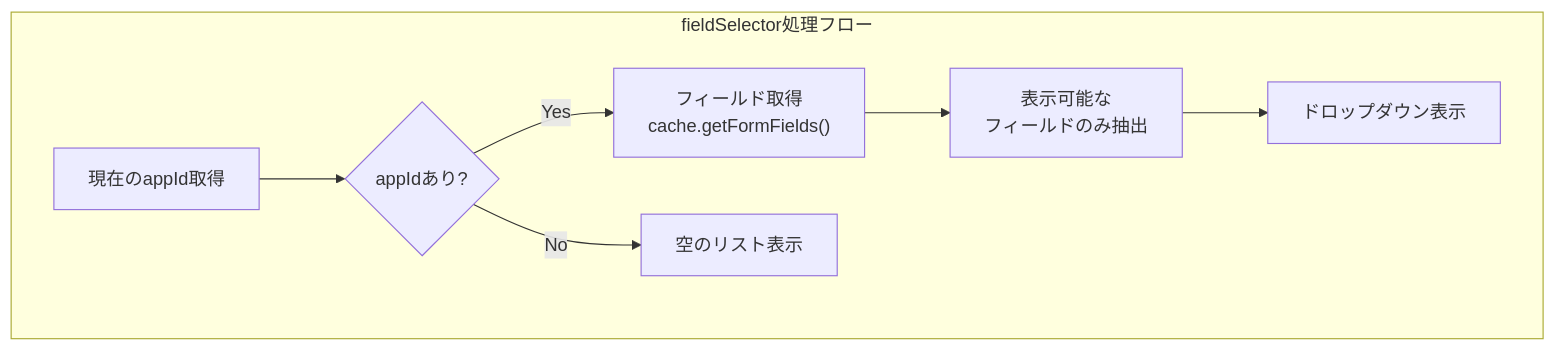
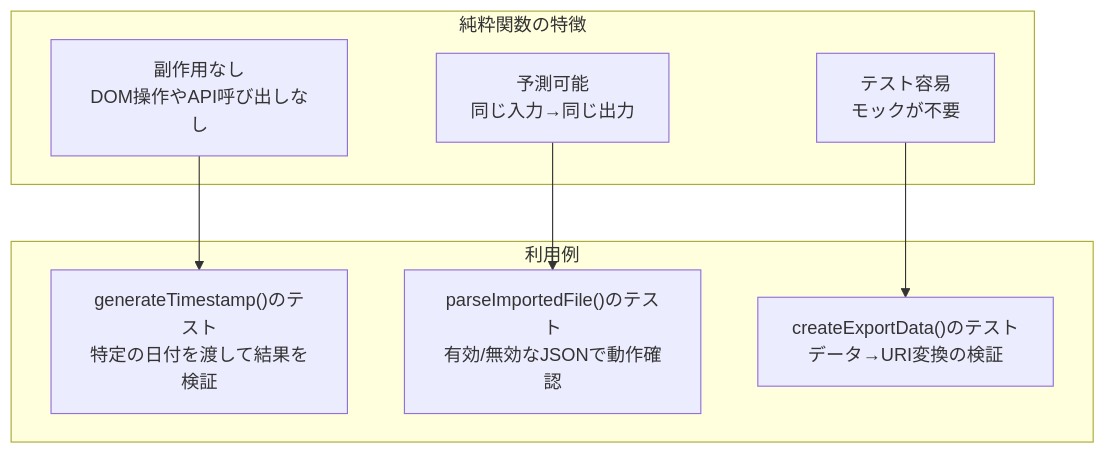
Before and after one commit to okayus/kintone-plugin-template: the seventh of 10 diagrams in docs/configform-detailed-explanation.md, drawn with Mermaid. The commit also changed other lines of this file and 17 other files, not shown here.

First line of the commit message:
docs: update documentation to reflect refactored architecture

````diff
--- a/docs/configform-detailed-explanation.md
+++ b/docs/configform-detailed-explanation.md
@@ -269,17 +588,18 @@
 ```mermaid
 graph TB
-    subgraph "fieldSelector処理フロー"
-        GetAppId["現在のappId取得"]
-        CheckAppId{appIdあり?}
-        LoadFields["フィールド取得<br/>cache.getFormFields()"]
-        FilterFields["表示可能な<br/>フィールドのみ抽出"]
-        ShowFields["ドロップダウン表示"]
-        EmptyFields["空のリスト表示"]
+    subgraph "純粋関数の特徴"
+        NoSideEffect["副作用なし<br/>DOM操作やAPI呼び出しなし"]
+        Predictable["予測可能<br/>同じ入力→同じ出力"]
+        Testable["テスト容易<br/>モックが不要"]
     end
     
-    GetAppId --> CheckAppId
-    CheckAppId -->|Yes| LoadFields
-    CheckAppId -->|No| EmptyFields
-    LoadFields --> FilterFields
-    FilterFields --> ShowFields
+    subgraph "利用例"
+        Test1["generateTimestamp()のテスト<br/>特定の日付を渡して結果を検証"]
+        Test2["parseImportedFile()のテスト<br/>有効/無効なJSONで動作確認"]
+        Test3["createExportData()のテスト<br/>データ→URI変換の検証"]
+    end
+    
+    NoSideEffect --> Test1
+    Predictable --> Test2
+    Testable --> Test3
 ```
````
